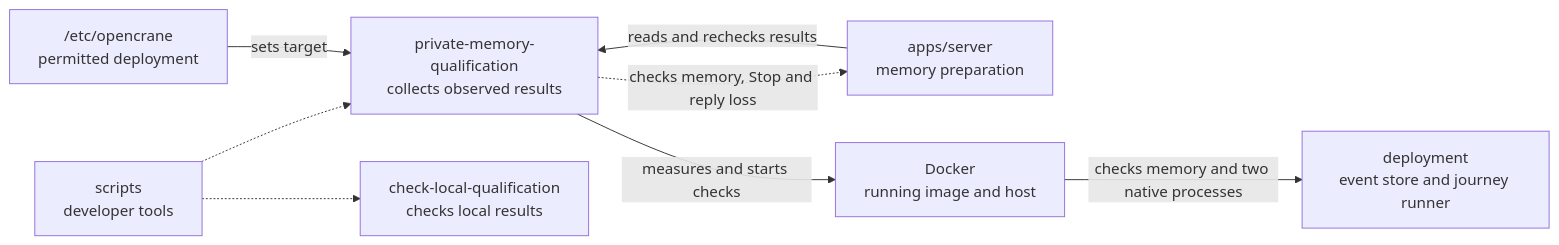
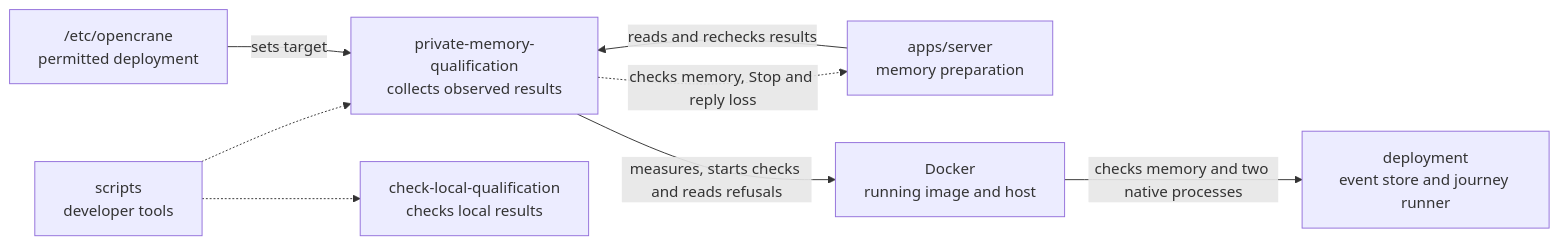
One commit to elewa-git/opencrane-new changed the diagram in scripts/private-memory-qualification/README.md. Above: the diagram before and after it, drawn with Mermaid. The commit also changed other lines of this file and 10 other files, not shown here.

Commit message:
🔒 Preserve host safety refusals throughout memory collection

````diff
--- a/scripts/private-memory-qualification/README.md
+++ b/scripts/private-memory-qualification/README.md
@@ -18,10 +18,10 @@
 ```mermaid
 flowchart LR
   scripts["scripts<br/>developer tools"] -.-> collector["private-memory-qualification<br/>collects observed results"]
   scripts -.-> sibling["check-local-qualification<br/>checks local results"]
   server["apps/server<br/>memory preparation"] -->|reads and rechecks results| collector
   collector -.->|checks memory, Stop and reply loss| server
   config["/etc/opencrane<br/>permitted deployment"] -->|sets target| collector
-  collector -->|measures and starts checks| docker["Docker<br/>running image and host"]
+  collector -->|measures, starts checks and reads refusals| docker["Docker<br/>running image and host"]
   docker -->|checks memory and two native processes| deployment["deployment<br/>event store and journey runner"]
 ```
````
